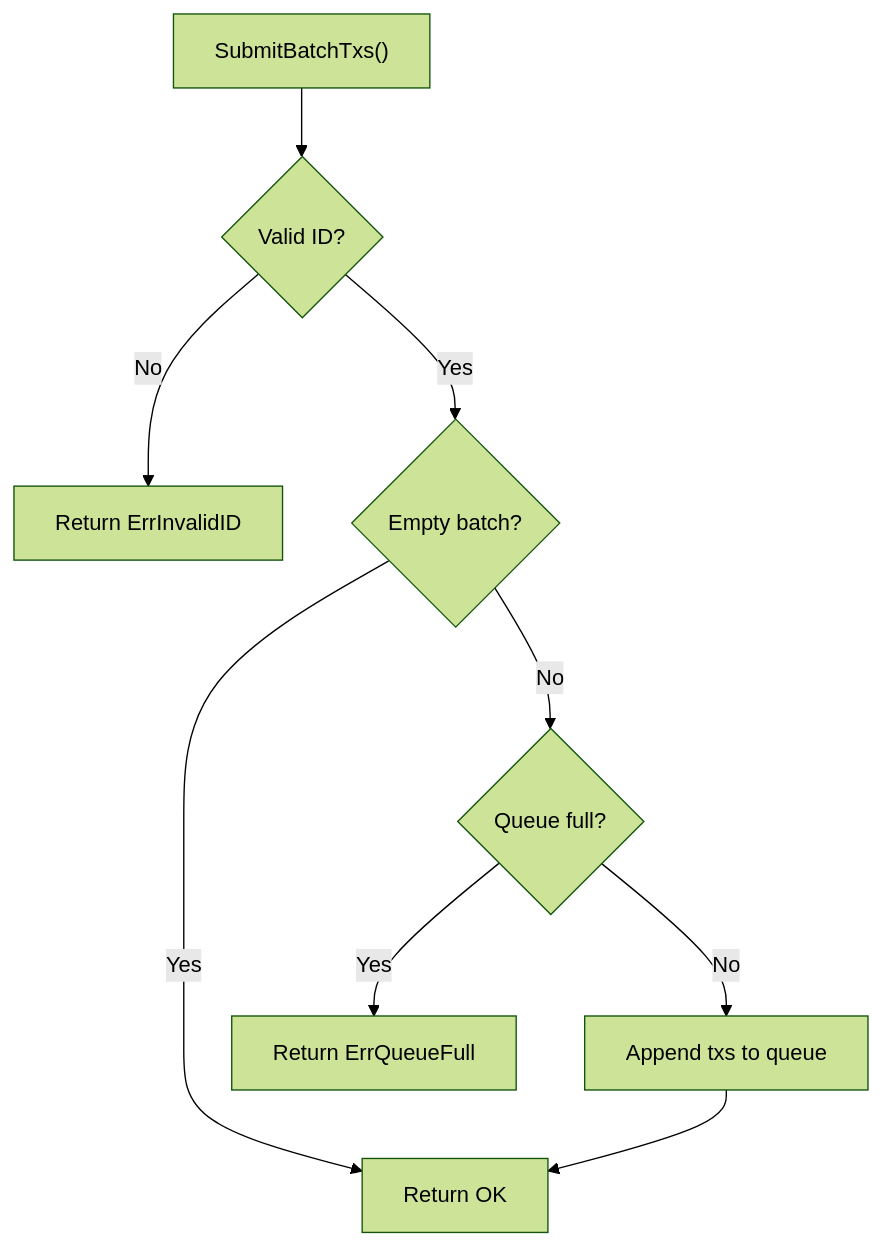
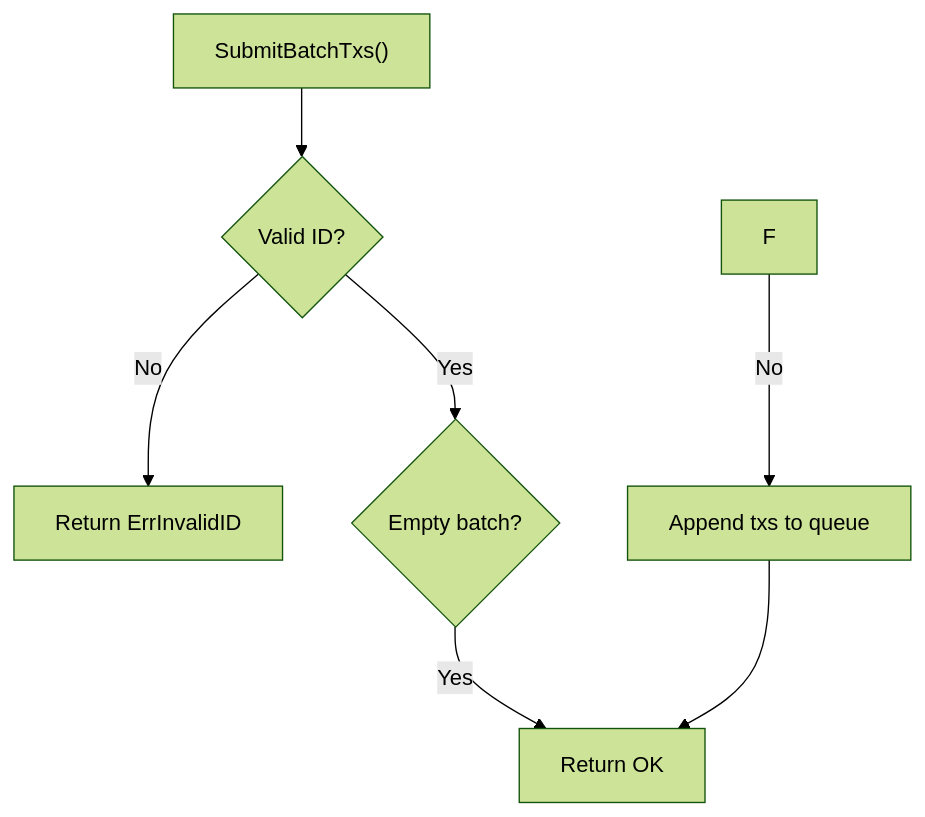
The second of 3 diagrams in pkg/sequencers/solo/README.md (evstack/ev-node), drawn with Mermaid (forest theme) before and after one commit. The commit also changed other lines of this file and 4 other files, not shown here.

````diff
--- a/pkg/sequencers/solo/README.md
+++ b/pkg/sequencers/solo/README.md
@@ -30,11 +30,9 @@
 ```mermaid
 flowchart TD
     A["SubmitBatchTxs()"] --> B{"Valid ID?"}
     B -->|No| C["Return ErrInvalidID"]
     B -->|Yes| D{"Empty batch?"}
     D -->|Yes| E["Return OK"]
-    D -->|No| F{"Queue full?"}
-    F -->|Yes| G["Return ErrQueueFull"]
     F -->|No| H["Append txs to queue"]
     H --> E
 ```
````
